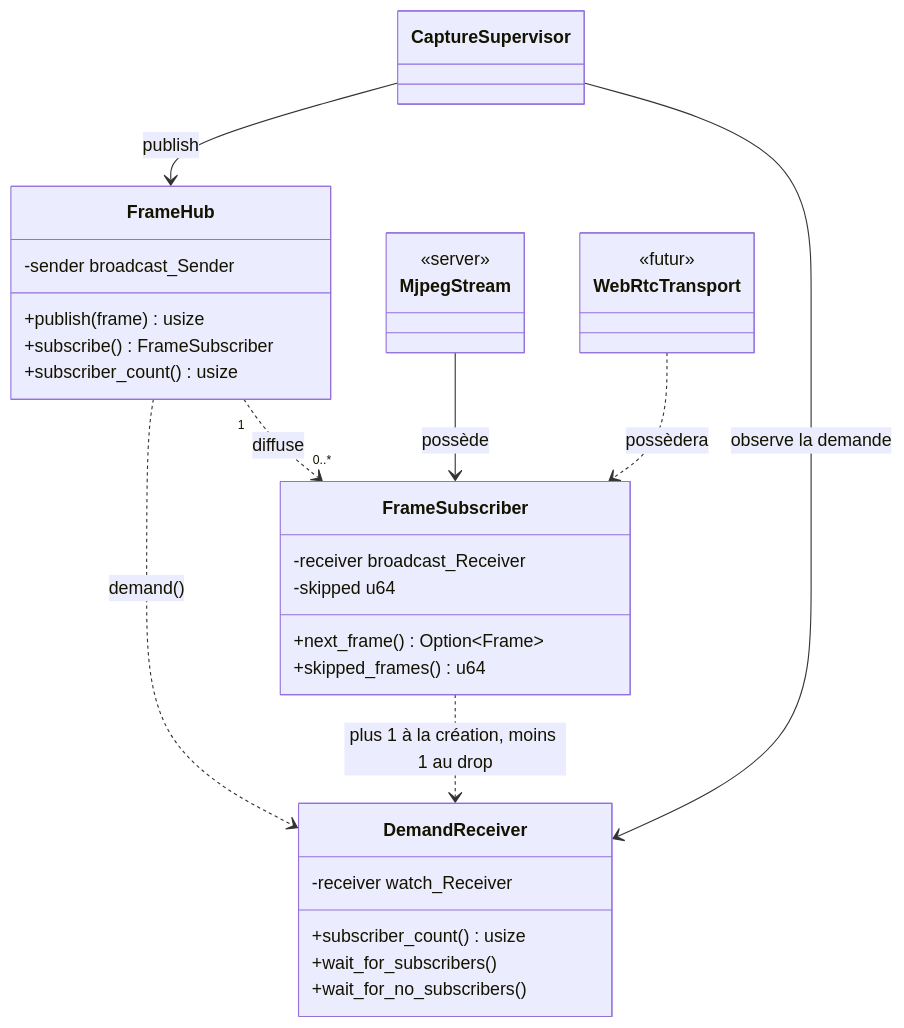
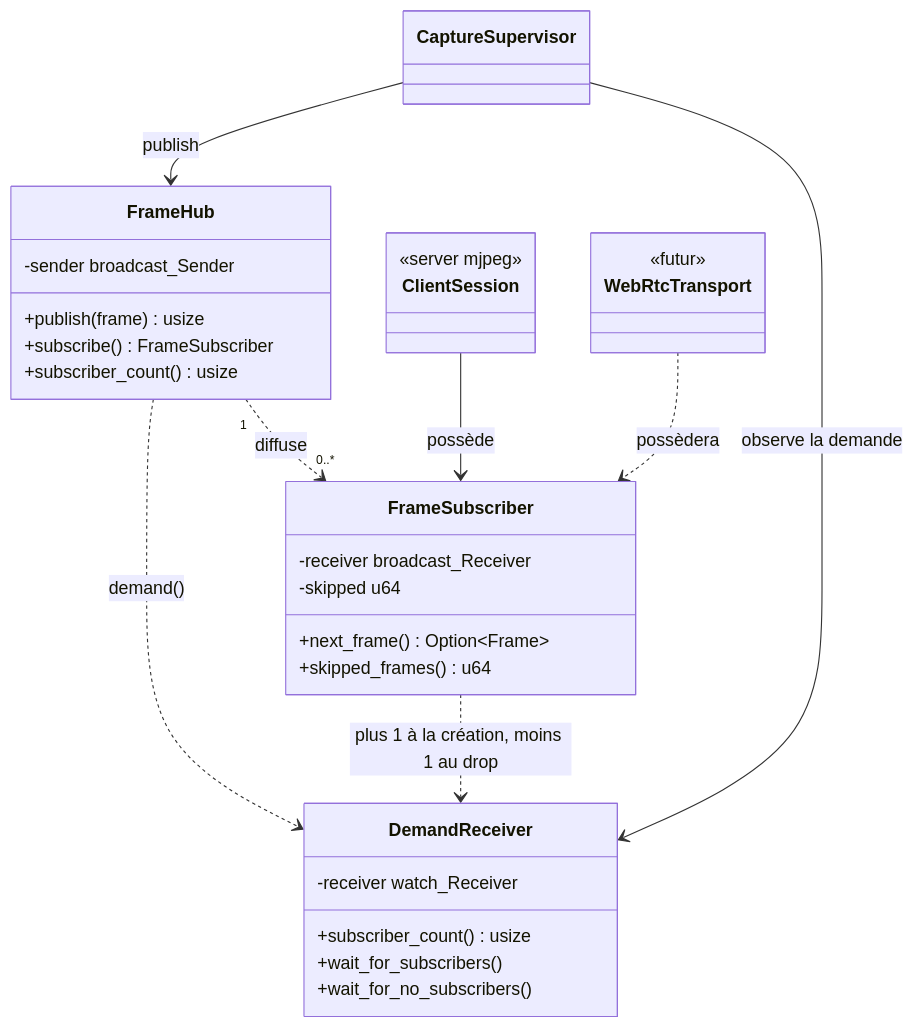
The second of 10 diagrams in docs/design-patterns.md (jprecigout/camstream), drawn with Mermaid before and after one commit. The commit also changed other lines of this file and 54 other files, not shown here.

````diff
--- a/docs/design-patterns.md
+++ b/docs/design-patterns.md
@@ -75,35 +76,35 @@
 ```mermaid
 classDiagram
     class FrameHub {
         -sender broadcast_Sender
         +publish(frame) usize
         +subscribe() FrameSubscriber
         +subscriber_count() usize
     }
     class FrameSubscriber {
         -receiver broadcast_Receiver
         -skipped u64
         +next_frame() Option~Frame~
         +skipped_frames() u64
     }
     class CaptureSupervisor
     class DemandReceiver {
         -receiver watch_Receiver
         +subscriber_count() usize
         +wait_for_subscribers()
         +wait_for_no_subscribers()
     }
-    class MjpegStream {
-        <<server>>
+    class ClientSession {
+        <<server mjpeg>>
     }
     class WebRtcTransport {
         <<futur>>
     }
     CaptureSupervisor --> FrameHub : publish
     FrameHub ..> DemandReceiver : demand()
     CaptureSupervisor --> DemandReceiver : observe la demande
     FrameSubscriber ..> DemandReceiver : plus 1 à la création, moins 1 au drop
     FrameHub "1" ..> "0..*" FrameSubscriber : diffuse
-    MjpegStream --> FrameSubscriber : possède
+    ClientSession --> FrameSubscriber : possède
     WebRtcTransport ..> FrameSubscriber : possèdera
 ```
````
